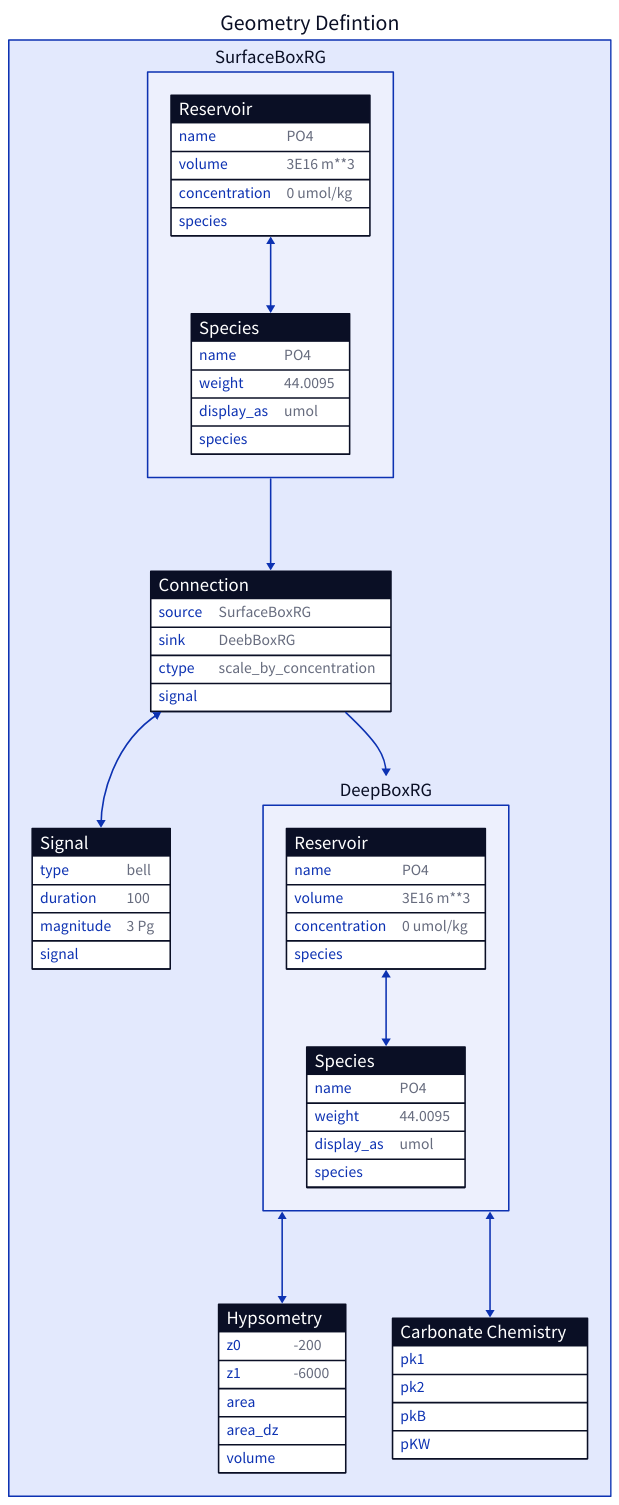
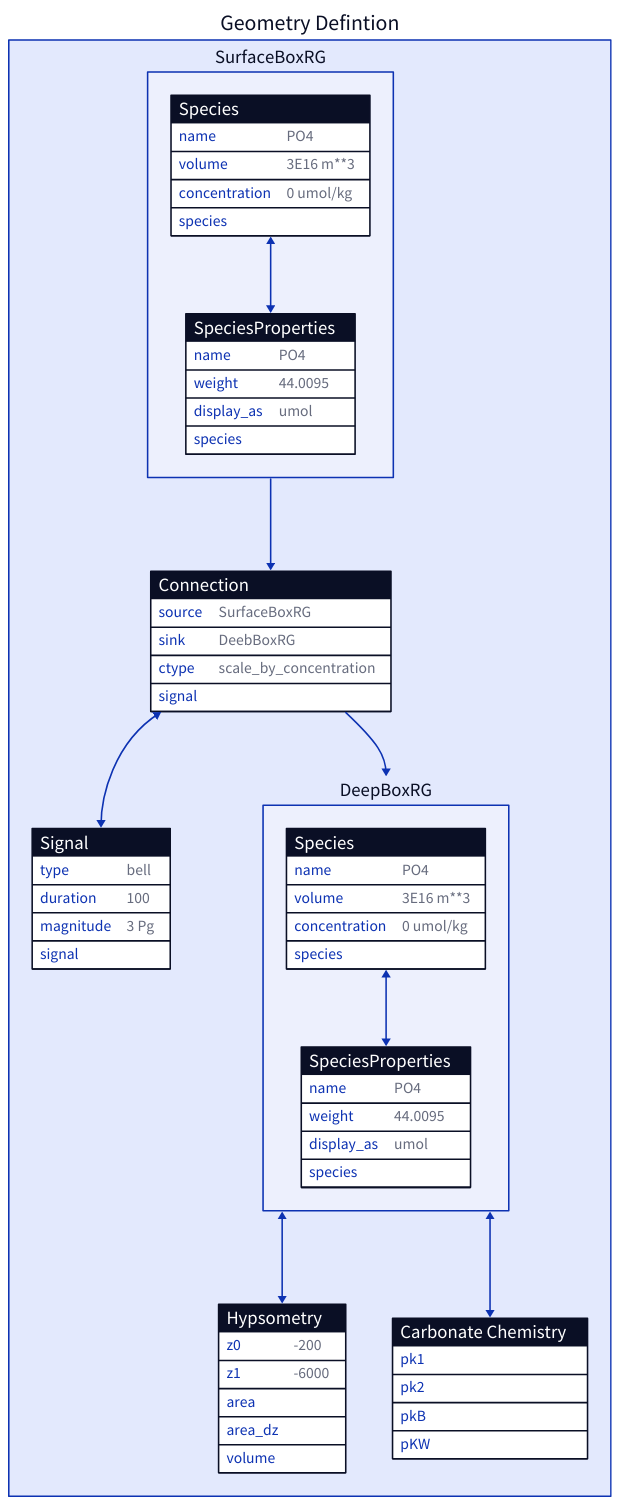
One commit to uliw/esbmtk changed the diagram in docs/manual/model2.d2. Above: the diagram before and after it, drawn with D2. The commit also changed 27 other files, not shown here.

```diff
--- a/docs/manual/model2.d2
+++ b/docs/manual/model2.d2
@@ -1,75 +1,75 @@
 geometry: Geometry Defintion {
   direction: down
   sb: SurfaceBoxRG {
-    rs: Reservoir {
+    rs: Species {
       shape: sql_table
       name: "PO4"
       volume: "3E16 m**3"
       concentration: "0 umol/kg"
     }
 
-    sp: Species {
+    sp: SpeciesProperties {
       shape: sql_table
       name: PO4
       weight: 44.0095
       display_as: umol
     }
   }
 
   c: Connection {
     shape: sql_table
     source: SurfaceBoxRG
     sink: DeebBoxRG
     ctype: scale_by_concentration
   }
 
   s: Signal {
     shape: sql_table
     type: bell
     duration: 100
     magnitude: 3 Pg
   }
 
   db: DeepBoxRG {
-    rd: Reservoir {
+    rd: Species {
       shape: sql_table
       name: "PO4"
       volume: "3E16 m**3"
       concentration: "0 umol/kg"
     }
-    sp: Species {
+    sp: SpeciesProperties {
       shape: sql_table
       name: PO4
       weight: 44.0095
       display_as: umol
     }
   }
 
   hypdb: Hypsometry {
     shape: sql_table
     z0: -200
     z1: -6000
     area
     area_dz
     volume
   }
   cs_db: Carbonate Chemistry {
     shape: sql_table
 
     pk1
     pk2
     pkB
     pKW
   }
 
   sb -> c
   c -> db
 
   c.signal <-> s.signal
 
   sb.rs.species <-> sb.sp.species
   db.rd.species <-> db.sp.species
 
   db <-> hypdb
   db <-> cs_db
 }
```
